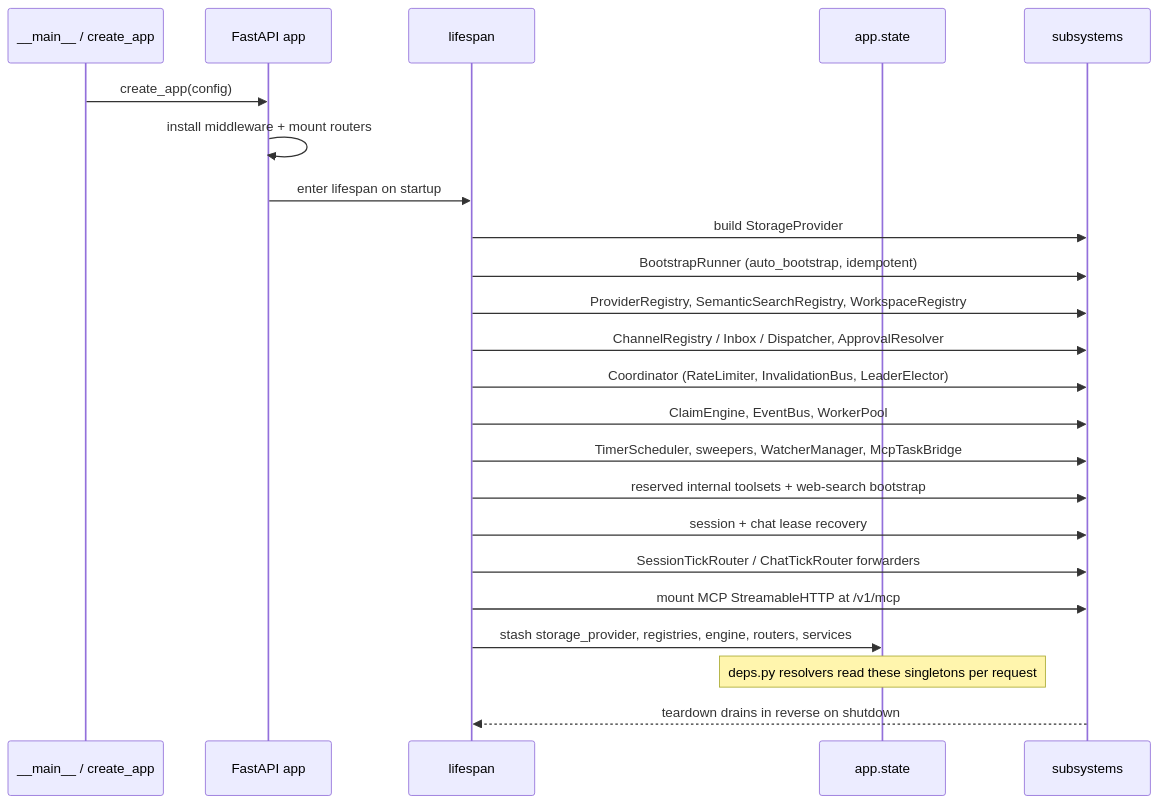
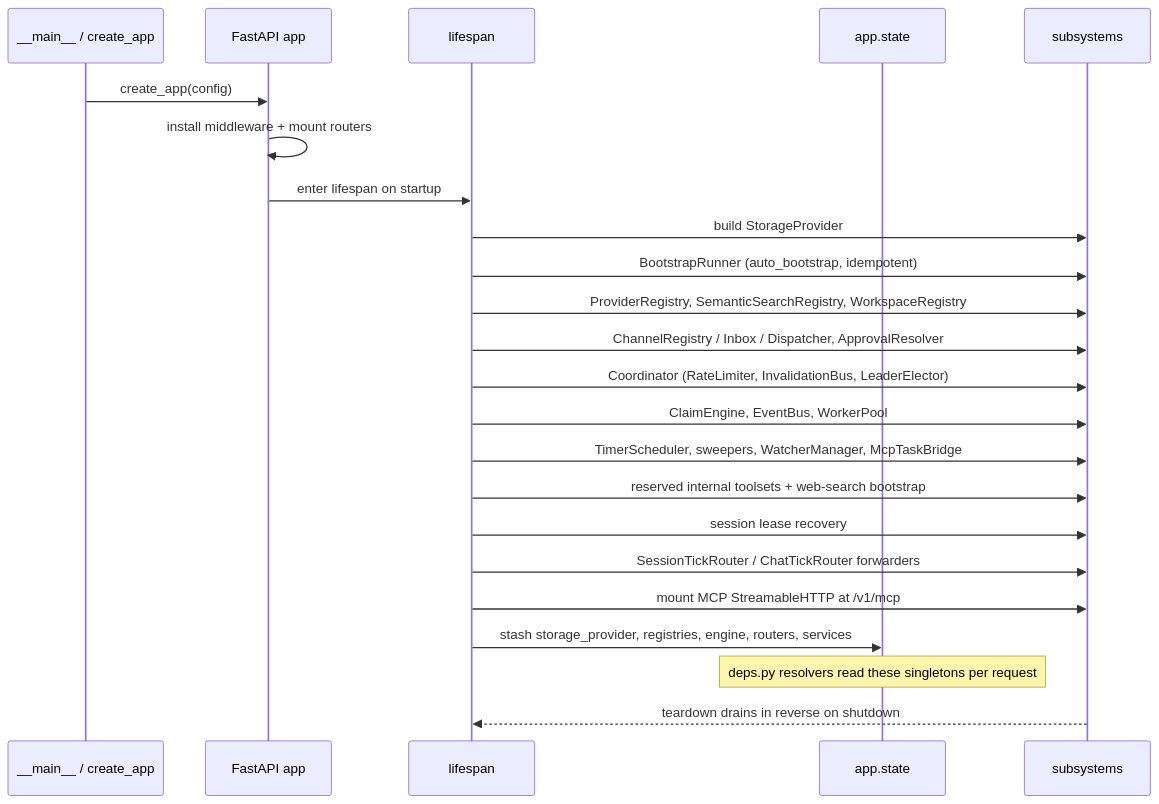
One commit to primerhq/primer changed the second of 2 diagrams in docs/dev/architecture/rest-api.md. Above: the diagram before and after it, drawn with Mermaid. The commit also changed other lines of this file and 6 other files, not shown here.

````diff
--- a/docs/dev/architecture/rest-api.md
+++ b/docs/dev/architecture/rest-api.md
@@ -111,26 +111,26 @@
 ```mermaid
 sequenceDiagram
     participant Main as __main__ / create_app
     participant App as FastAPI app
     participant Life as lifespan
     participant State as app.state
     participant Sub as subsystems
 
     Main->>App: create_app(config)
     App->>App: install middleware + mount routers
     App->>Life: enter lifespan on startup
     Life->>Sub: build StorageProvider
     Life->>Sub: BootstrapRunner (auto_bootstrap, idempotent)
     Life->>Sub: ProviderRegistry, SemanticSearchRegistry, WorkspaceRegistry
     Life->>Sub: ChannelRegistry / Inbox / Dispatcher, ApprovalResolver
     Life->>Sub: Coordinator (RateLimiter, InvalidationBus, LeaderElector)
     Life->>Sub: ClaimEngine, EventBus, WorkerPool
     Life->>Sub: TimerScheduler, sweepers, WatcherManager, McpTaskBridge
     Life->>Sub: reserved internal toolsets + web-search bootstrap
-    Life->>Sub: session + chat lease recovery
+    Life->>Sub: session lease recovery
     Life->>Sub: SessionTickRouter / ChatTickRouter forwarders
     Life->>Sub: mount MCP StreamableHTTP at /v1/mcp
     Life->>State: stash storage_provider, registries, engine, routers, services
     Note over State: deps.py resolvers read these singletons per request
     Sub-->>Life: teardown drains in reverse on shutdown
 ```
````
